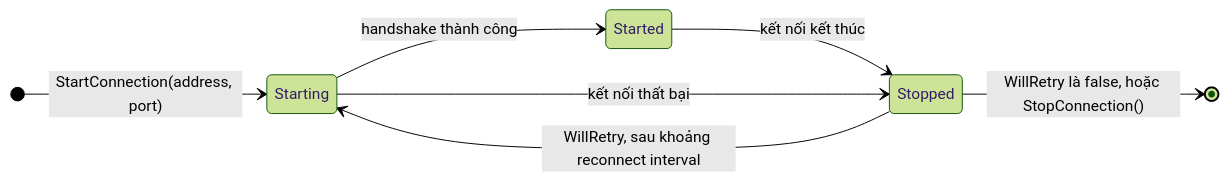
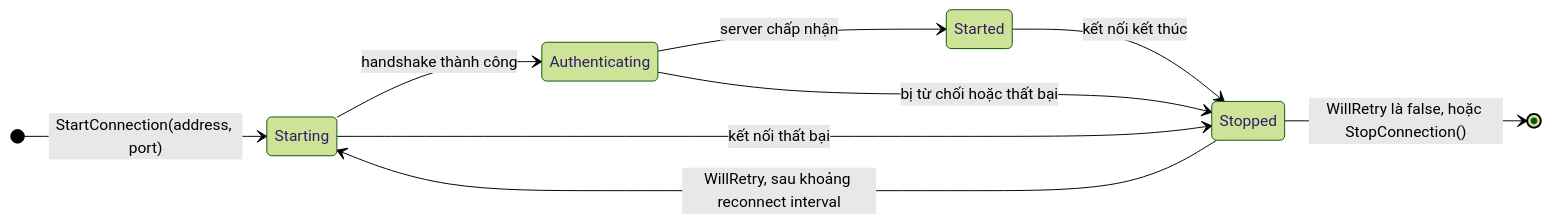
One commit to fomoxa/unity-docs changed the second of 4 diagrams in vi/concepts/lifecycle.md. Above: the diagram before and after it, drawn with Mermaid (forest theme). The commit also changed other lines of this file and 33 other files, not shown here.

````diff
--- a/vi/concepts/lifecycle.md
+++ b/vi/concepts/lifecycle.md
@@ -40,10 +41,12 @@
 ```mermaid
 stateDiagram-v2
     direction LR
     [*] --> Starting: StartConnection(address, port)
-    Starting --> Started: handshake thành công
+    Starting --> Authenticating: handshake thành công
+    Authenticating --> Started: server chấp nhận
     Started --> Stopped: kết nối kết thúc
     Starting --> Stopped: kết nối thất bại
+    Authenticating --> Stopped: bị từ chối hoặc thất bại
     Stopped --> Starting: WillRetry, sau khoảng reconnect interval
     Stopped --> [*]: WillRetry là false, hoặc StopConnection()
 ```
````
